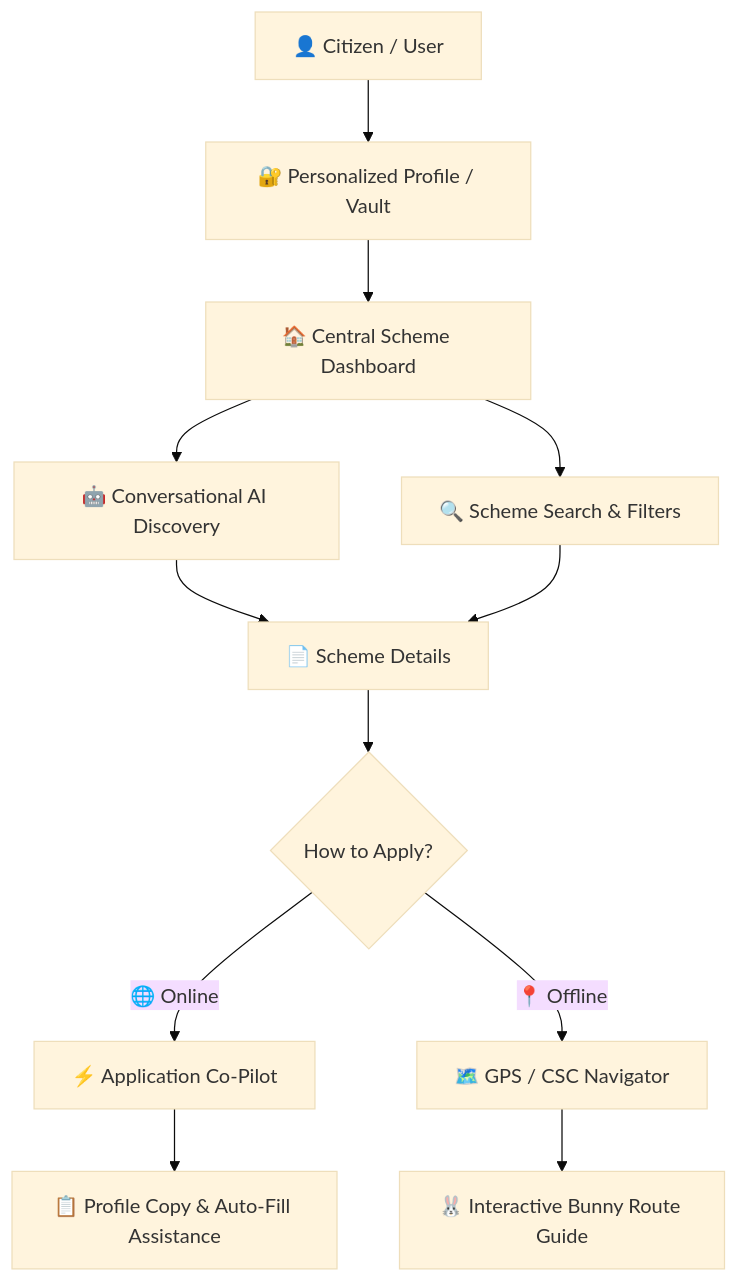
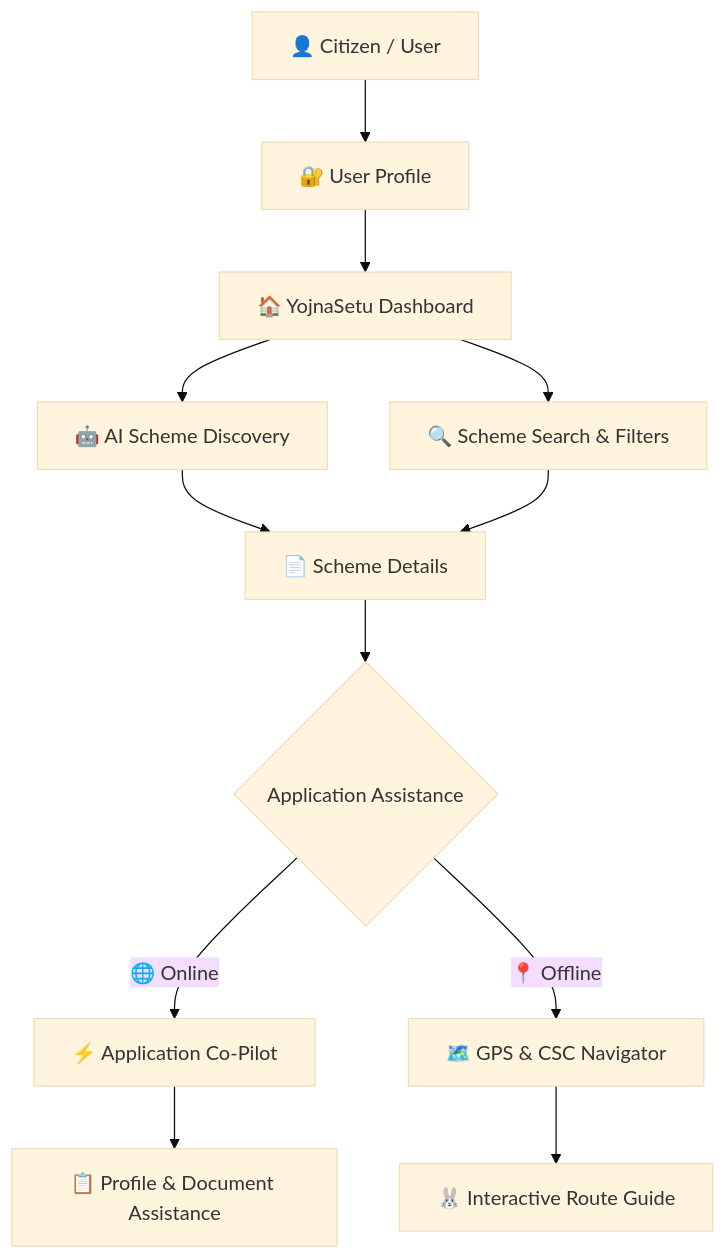
One commit to priyanshi04-alt/Yojna-Setu changed the diagram in README.md. Above: the diagram before and after it, drawn with Mermaid (base theme). The commit also changed other lines of this file, not shown here.

````diff
--- a/README.md
+++ b/README.md
@@ -36,19 +36,19 @@
 ```mermaid
 graph TD
-    A[👤 Citizen / User] --> B[🔐 Personalized Profile / Vault]
-    B --> C[🏠 Central Scheme Dashboard]
+    A[👤 Citizen / User] --> B[🔐 User Profile]
+    B --> C[🏠 YojnaSetu Dashboard]
 
-    C --> D[🤖 Conversational AI Discovery]
+    C --> D[🤖 AI Scheme Discovery]
     C --> E[🔍 Scheme Search & Filters]
 
     D --> F[📄 Scheme Details]
     E --> F
 
-    F --> G{How to Apply?}
+    F --> G{Application Assistance}
 
     G -->|🌐 Online| H[⚡ Application Co-Pilot]
-    G -->|📍 Offline| I[🗺️ GPS / CSC Navigator]
+    G -->|📍 Offline| I[🗺️ GPS & CSC Navigator]
 
-    H --> J[📋 Profile Copy & Auto-Fill Assistance]
-    I --> K[🐰 Interactive Bunny Route Guide]
+    H --> J[📋 Profile & Document Assistance]
+    I --> K[🐰 Interactive Route Guide]
 ```
````
